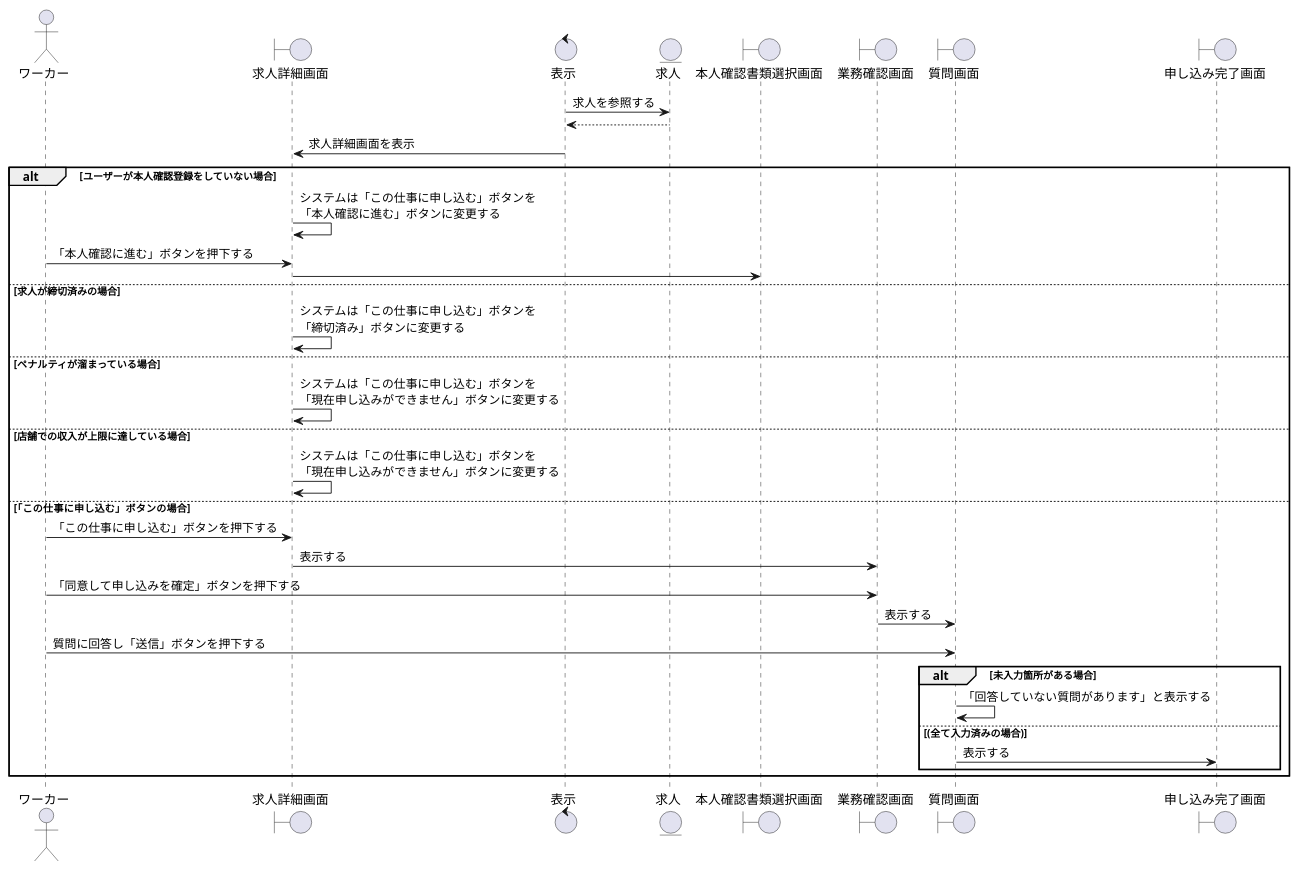
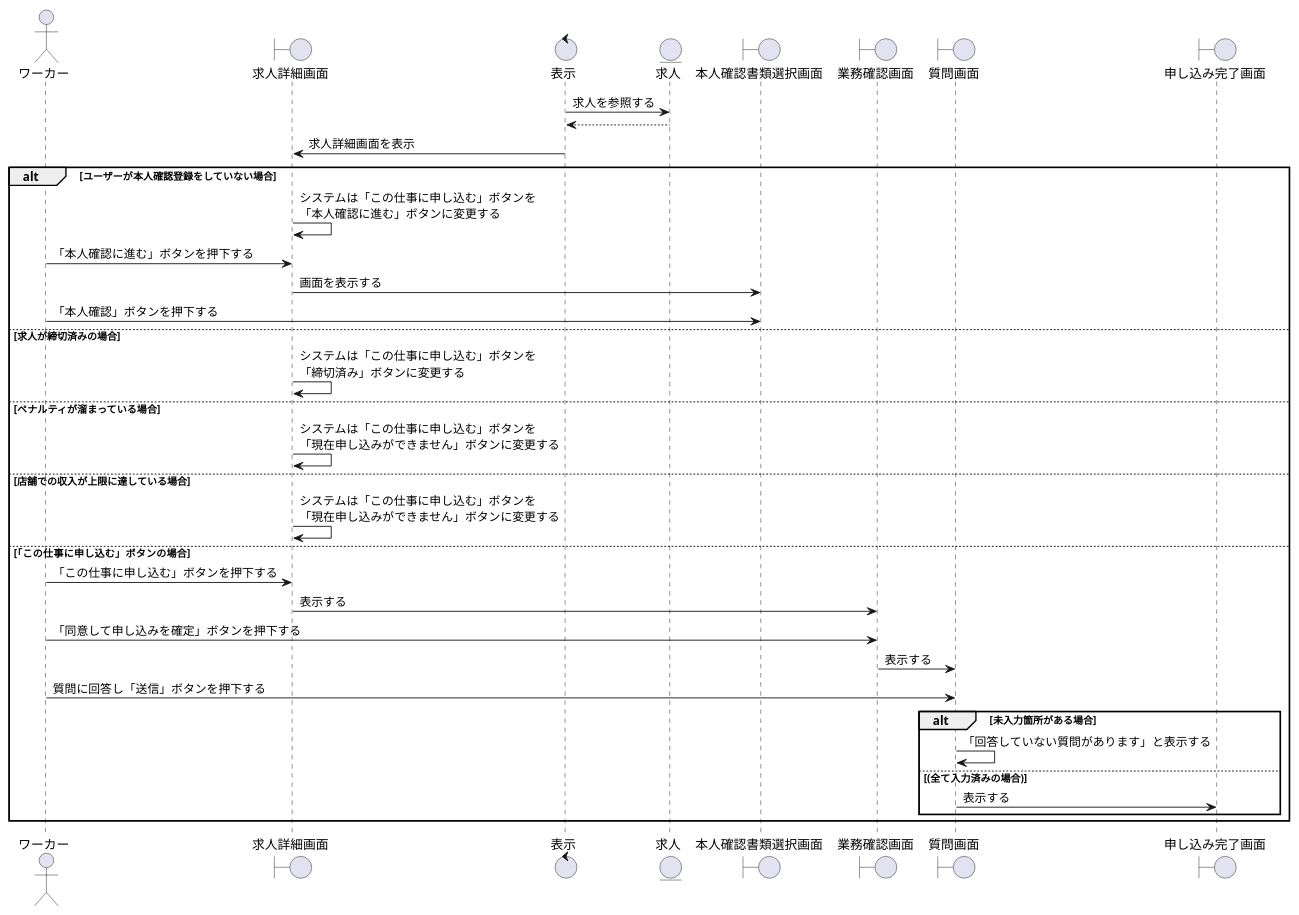
Before and after one commit to irukacb256/high_Me: the diagram in sequence_fig/2_search_fn/05_応募の申し込みをする.pu, drawn with PlantUML. The commit also changed 1 other file, not shown here.

```diff
--- a/sequence_fig/2_search_fn/05_応募の申し込みをする.pu
+++ b/sequence_fig/2_search_fn/05_応募の申し込みをする.pu
@@ -1,48 +1,49 @@
 @startuml 応募の申し込みをする
 
 ' 1
 actor ワーカー as wo1
 boundary 求人詳細画面 as jd1
 control 表示 as co1
 entity 求人 as en1
 boundary 本人確認書類選択画面 as iv1
 boundary 業務確認画面 as bc1
 boundary 質問画面 as qu1
 boundary 申し込み完了画面 as ac1
 
 ' 2
 co1 -> en1 : 求人を参照する
 en1 --> co1 
 
 co1 -> jd1 : 求人詳細画面を表示
 
 alt ユーザーが本人確認登録をしていない場合
     jd1 -> jd1 : システムは「この仕事に申し込む」ボタンを\n「本人確認に進む」ボタンに変更する
     wo1 -> jd1 : 「本人確認に進む」ボタンを押下する
-    jd1 -> iv1 : 
+    jd1 -> iv1 : 画面を表示する
+    wo1 -> iv1 : 「本人確認」ボタンを押下する
 
 else 求人が締切済みの場合
     jd1 -> jd1 : システムは「この仕事に申し込む」ボタンを\n「締切済み」ボタンに変更する
 
 else ペナルティが溜まっている場合
     jd1 -> jd1 : システムは「この仕事に申し込む」ボタンを\n「現在申し込みができません」ボタンに変更する
 
 else 店舗での収入が上限に達している場合
     jd1 -> jd1 : システムは「この仕事に申し込む」ボタンを\n「現在申し込みができません」ボタンに変更する
 
 else 「この仕事に申し込む」ボタンの場合
     wo1 -> jd1 : 「この仕事に申し込む」ボタンを押下する
     jd1 -> bc1 : 表示する
     wo1 -> bc1 : 「同意して申し込みを確定」ボタンを押下する
     bc1 -> qu1 : 表示する
     wo1 -> qu1 : 質問に回答し「送信」ボタンを押下する
 
     alt 未入力箇所がある場合
         qu1 -> qu1 : 「回答していない質問があります」と表示する
     else (全て入力済みの場合)
         qu1 -> ac1 : 表示する
     end
 
 end
 
 @enduml
```
